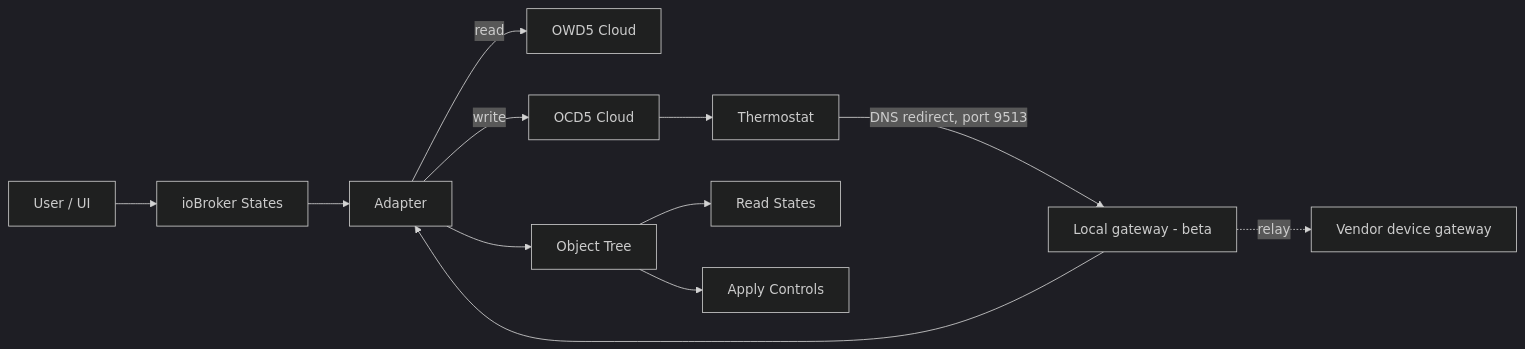
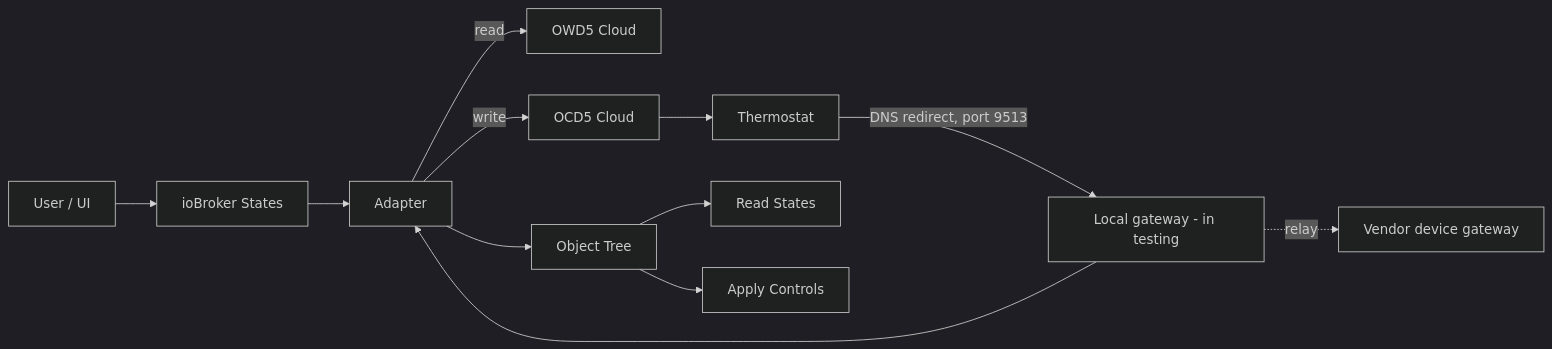
The first of 2 diagrams in README.md (patricknitsch/ioBroker.schlueter-thermostat), drawn with Mermaid (dark theme) before and after one commit. The commit also changed other lines of this file and 14 other files, not shown here.

First line of the commit message:
Rename the local tab, mark local control as in testing and add a setup guide

````diff
--- a/README.md
+++ b/README.md
@@ -74,17 +74,17 @@
 ```mermaid
 flowchart LR
   UI[User / UI] --> IO[ioBroker States]
   IO --> ADP[Adapter]
 
   ADP -->|read| OWD5[OWD5 Cloud]
   ADP -->|write| OCD5[OCD5 Cloud]
   OCD5 --> TH[Thermostat]
 
-  TH -->|DNS redirect, port 9513| GW[Local gateway - beta]
+  TH -->|DNS redirect, port 9513| GW[Local gateway - in testing]
   GW --> ADP
   GW -.->|relay| VG[Vendor device gateway]
 
   ADP --> OBJ[Object Tree]
   OBJ --> RO[Read States]
   OBJ --> AP[Apply Controls]
 ```
````
